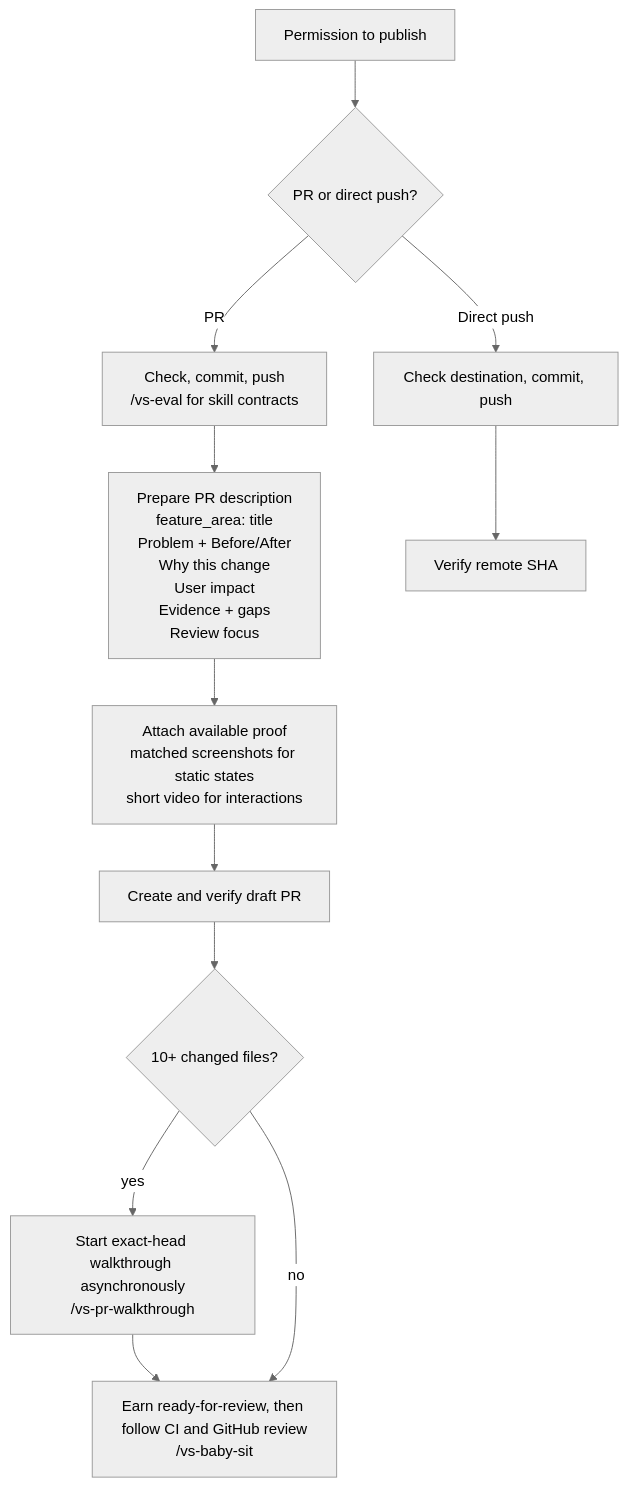
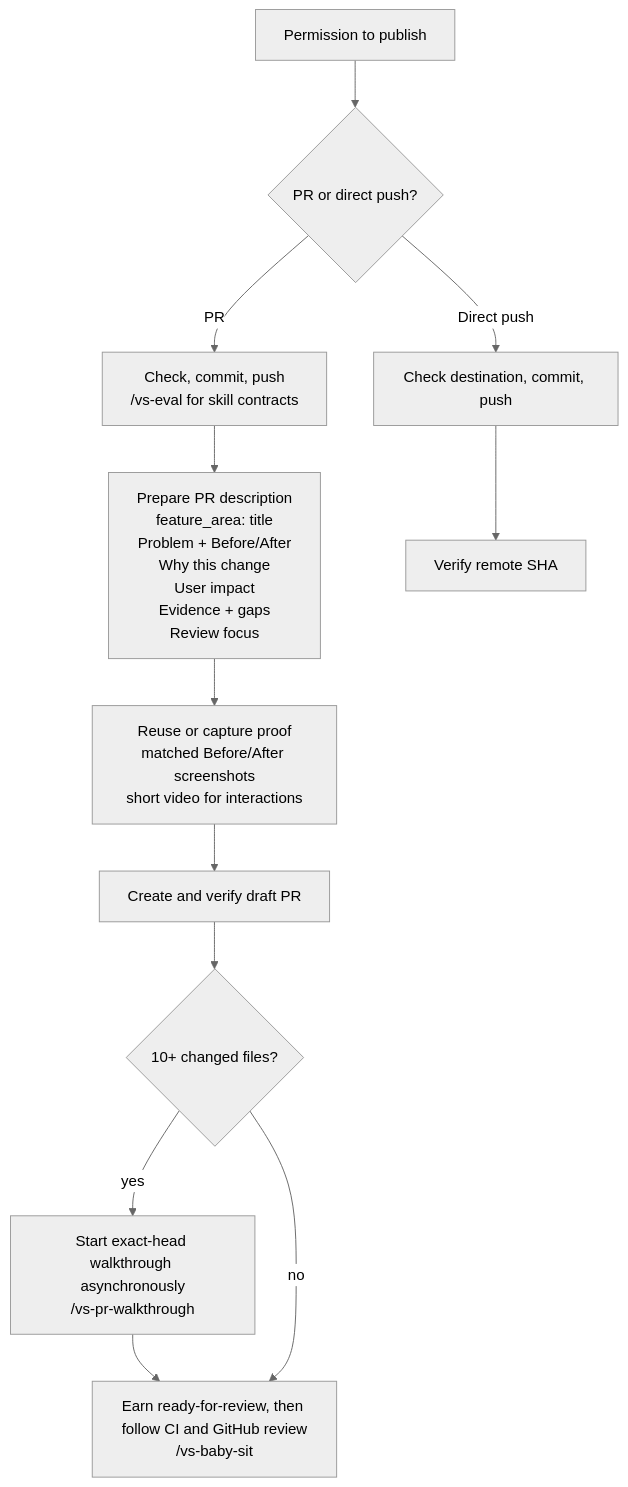
Before and after one commit to vltansky/vs: the fourth of 4 diagrams in README.md, drawn with Mermaid (neutral theme). The commit also changed 9 other files, not shown here.

Commit message:
feat(vs-ship-it): require visual before-and-after PR descriptions

````diff
--- a/README.md
+++ b/README.md
@@ -102,11 +102,11 @@
 ```mermaid
 flowchart TD
     I[Permission to publish] --> D{PR or direct push?}
     D -- PR --> C["Check, commit, push<br/>/vs-eval for skill contracts"]
     C --> B["Prepare PR description<br/>feature_area: title<br/>Problem + Before/After<br/>Why this change<br/>User impact<br/>Evidence + gaps<br/>Review focus"]
-    B --> M["Attach available proof<br/>matched screenshots for static states<br/>short video for interactions"]
+    B --> M["Reuse or capture proof<br/>matched Before/After screenshots<br/>short video for interactions"]
     M --> O[Create and verify draft PR] --> L{10+ changed files?}
     L -- yes --> T["Start exact-head walkthrough asynchronously<br/>/vs-pr-walkthrough"] --> W["Earn ready-for-review, then follow CI and GitHub review<br/>/vs-baby-sit"]
     L -- no --> W
     D -- Direct push --> F[Check destination, commit, push] --> S[Verify remote SHA]
 ```
````
